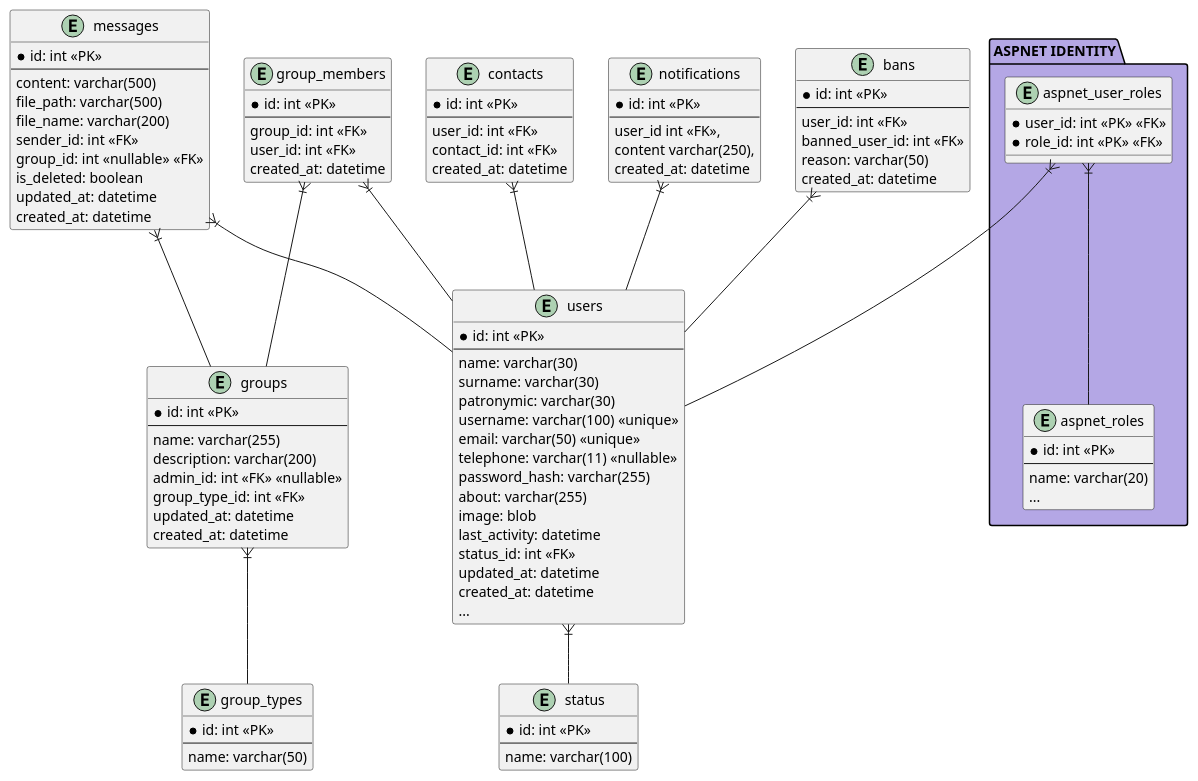
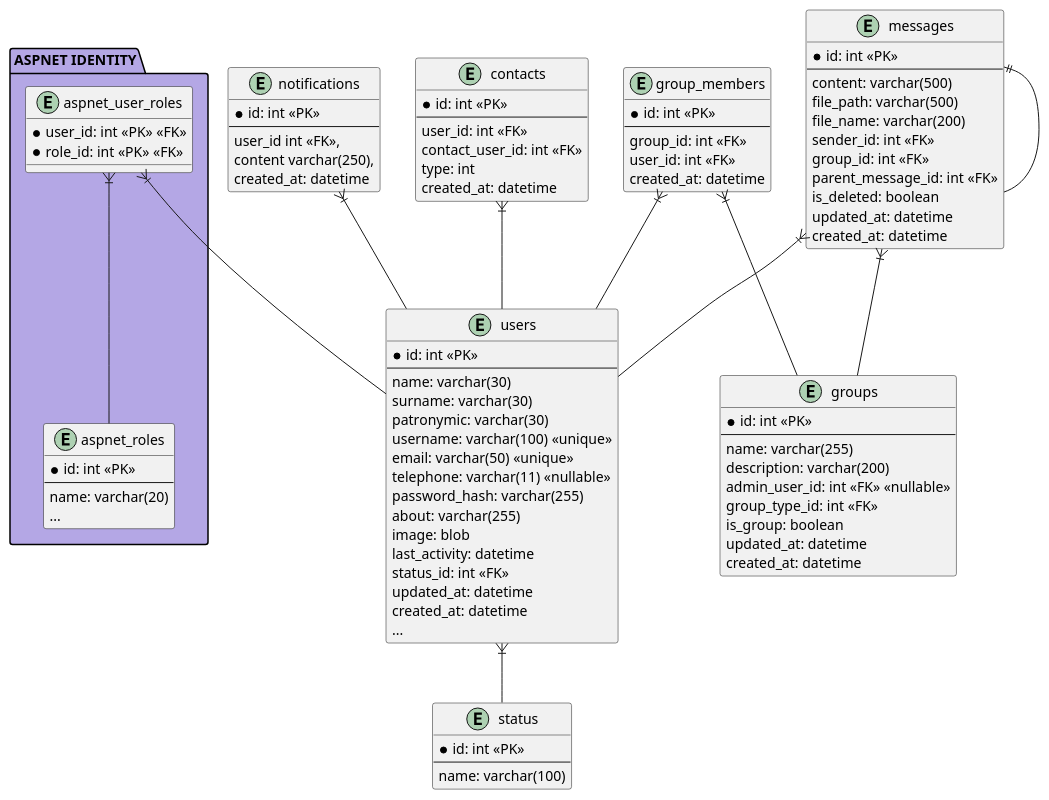
One commit to DmitriyYakubovskiy/WebChat changed the diagram in PlantUml/DataBase.puml. Above: the diagram before and after it, drawn with PlantUML. The commit also changed 1 other file, not shown here.

```diff
--- a/PlantUml/DataBase.puml
+++ b/PlantUml/DataBase.puml
@@ -1,117 +1,104 @@
 @startuml
 
 package "ASPNET IDENTITY" #B4A7E5 {
     entity aspnet_roles  {
         *id: int <<PK>>
         --
         name: varchar(20)
         ...
     }
 
     entity aspnet_user_roles{
         *user_id: int <<PK>> <<FK>>
         *role_id: int <<PK>> <<FK>>
     }
 }
 
 entity users {
     *id: int <<PK>>
     --
     name: varchar(30)
     surname: varchar(30)
     patronymic: varchar(30)
     username: varchar(100) <<unique>>
     email: varchar(50) <<unique>>
     telephone: varchar(11) <<nullable>>
     password_hash: varchar(255)
     about: varchar(255)
     image: blob
     last_activity: datetime
     status_id: int <<FK>>
     updated_at: datetime
     created_at: datetime
     ...
 }
 
 entity status{
     *id: int <<PK>>
     --
     name: varchar(100)
 }
 
 entity messages {
     *id: int <<PK>>
     --
     content: varchar(500)
     file_path: varchar(500)
     file_name: varchar(200)
     sender_id: int <<FK>>
-    group_id: int <<nullable>> <<FK>>
+    group_id: int <<FK>>
+    parent_message_id: int <<FK>>
     is_deleted: boolean
     updated_at: datetime
     created_at: datetime
 }
 
 entity groups {
     *id: int <<PK>>
     --
     name: varchar(255)
     description: varchar(200)
-    admin_id: int <<FK>> <<nullable>>
+    admin_user_id: int <<FK>> <<nullable>>
     group_type_id: int <<FK>>
+    is_group: boolean
     updated_at: datetime
     created_at: datetime
 }
 
 entity group_members {
     *id: int <<PK>>
     --
     group_id: int <<FK>>
     user_id: int <<FK>>
     created_at: datetime
 }
 
-entity group_types {
-    *id: int <<PK>>
-    --
-    name: varchar(50)
-}
-
 entity contacts {
     *id: int <<PK>>
     --
     user_id: int <<FK>>
-    contact_id: int <<FK>>
+    contact_user_id: int <<FK>>
+    type: int
     created_at: datetime
 }
 
 entity notifications {
     *id: int <<PK>>
     --
     user_id int <<FK>>,
     content varchar(250),
     created_at: datetime
 }
 
-entity bans {
-    *id: int <<PK>>
-    --
-    user_id: int <<FK>>
-    banned_user_id: int <<FK>>
-    reason: varchar(50)
-    created_at: datetime
-}
-
 aspnet_user_roles }|-- aspnet_roles
 aspnet_user_roles }|-- users
 notifications }|-- users
 group_members }|-- users
 contacts }|-- users
 messages }|-- users
-bans }|-- users
 users }|-- status
 group_members }|-- groups
-groups }|-- group_types
 messages }|-- groups
+messages ||-- messages
 
 @enduml
```
